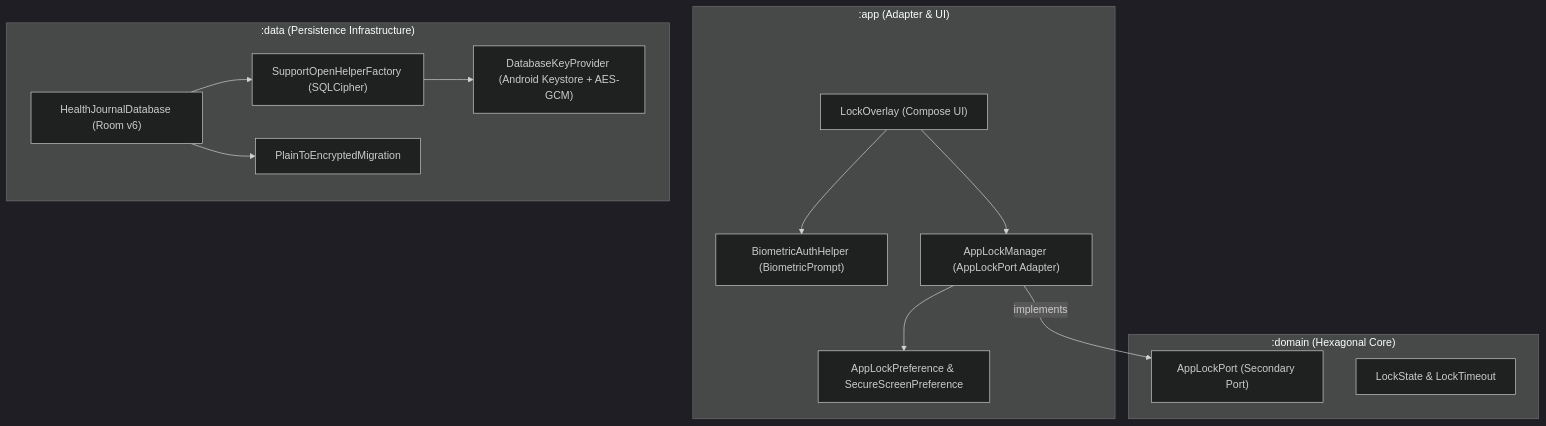
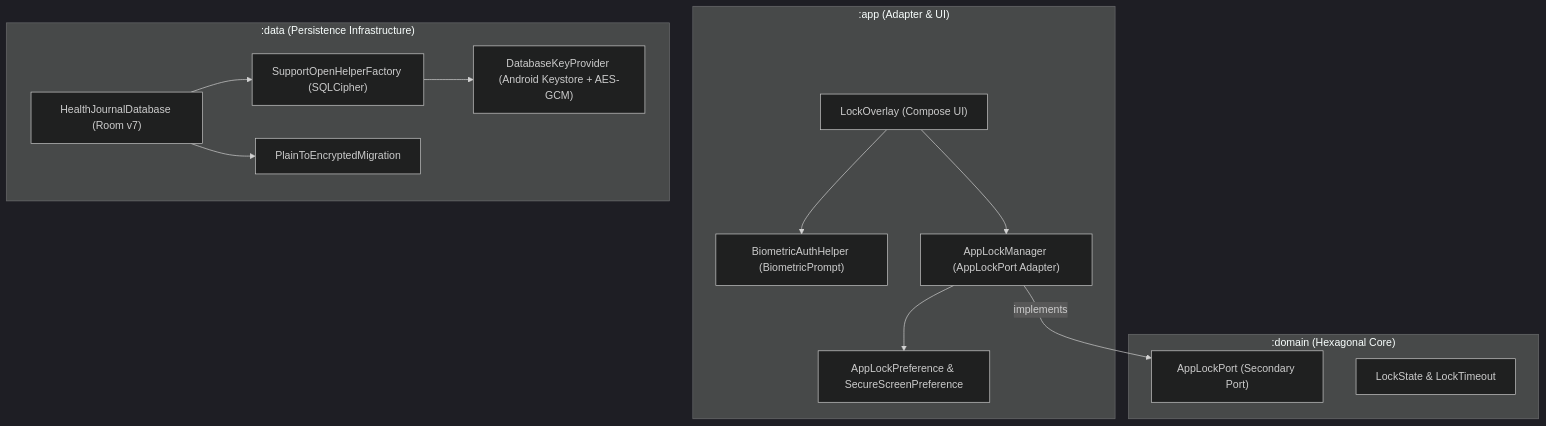
The first of 4 diagrams in docs/dev/privacy-and-security.md (mannetje/health_journal), drawn with Mermaid (dark theme) before and after one commit. The commit also changed other lines of this file and 15 other files, not shown here.

````diff
--- a/docs/dev/privacy-and-security.md
+++ b/docs/dev/privacy-and-security.md
@@ -55,29 +55,29 @@
 ```mermaid
 flowchart TD
     subgraph App[":app (Adapter & UI)"]
         UI_LOCK["LockOverlay (Compose UI)"]
         BIO_HELPER["BiometricAuthHelper (BiometricPrompt)"]
         LOCK_MGR["AppLockManager (AppLockPort Adapter)"]
         PREF_LOCK["AppLockPreference & SecureScreenPreference"]
     end
 
     subgraph Domain[":domain (Hexagonal Core)"]
         PORT_LOCK["AppLockPort (Secondary Port)"]
         MODEL_LOCK["LockState & LockTimeout"]
     end
 
     subgraph Data[":data (Persistence Infrastructure)"]
         KEY_PROV["DatabaseKeyProvider (Android Keystore + AES-GCM)"]
         SQLCIPHER["SupportOpenHelperFactory (SQLCipher)"]
         MIGRATION["PlainToEncryptedMigration"]
-        ROOM_DB["HealthJournalDatabase (Room v6)"]
+        ROOM_DB["HealthJournalDatabase (Room v7)"]
     end
 
     LOCK_MGR -->|implements| PORT_LOCK
     LOCK_MGR --> PREF_LOCK
     UI_LOCK --> LOCK_MGR
     UI_LOCK --> BIO_HELPER
     ROOM_DB --> SQLCIPHER
     SQLCIPHER --> KEY_PROV
     ROOM_DB --> MIGRATION
 ```
````
